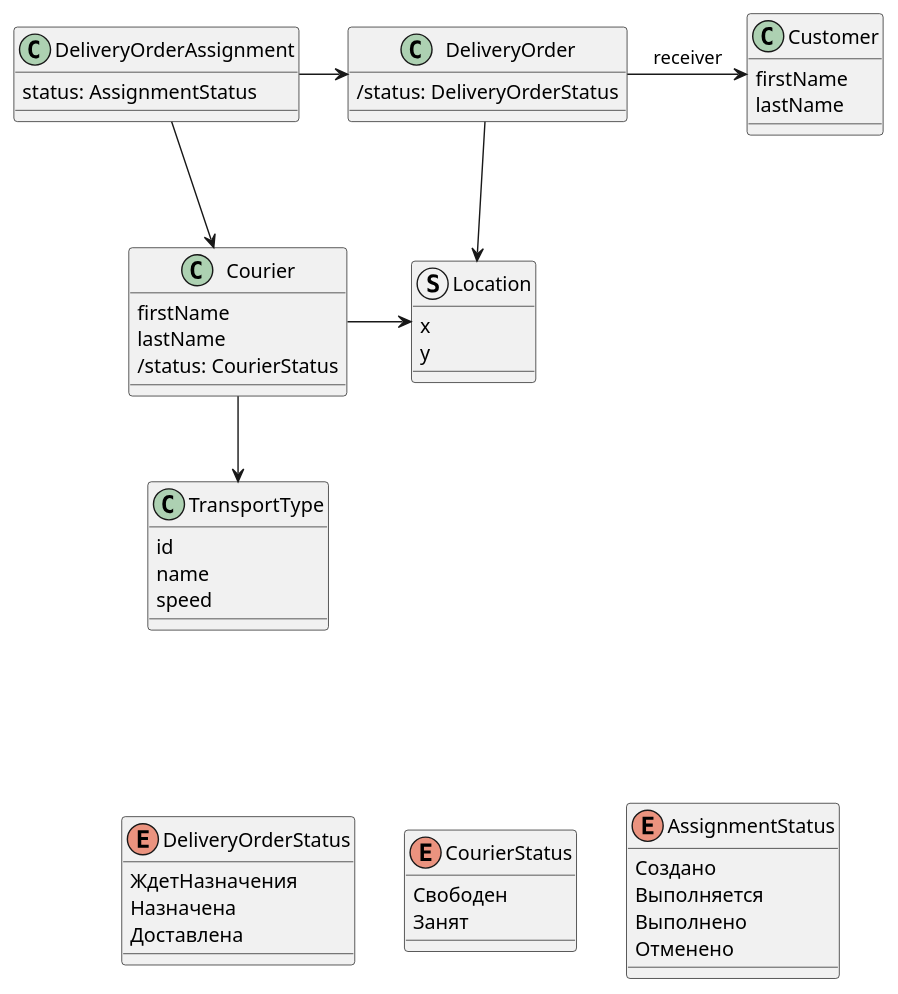
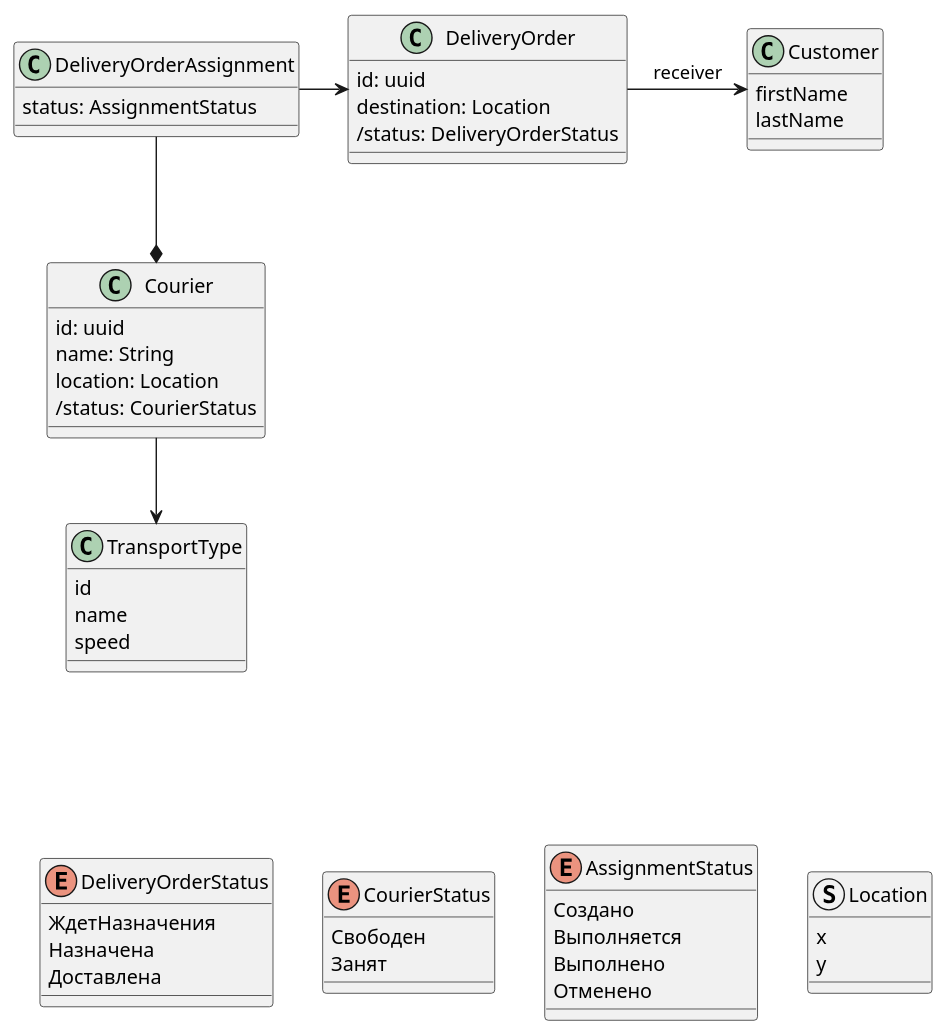
One commit to mikhailandronov/delivery changed the diagram in Domain-simplified.puml. Above: the diagram before and after it, drawn with PlantUML.

Commit message:
Updated diagram according to exercise description

```diff
--- a/Domain-simplified.puml
+++ b/Domain-simplified.puml
@@ -1,72 +1,77 @@
 @startuml
 'https://plantuml.com/class-diagram
 
 '!pragma layout smetana
 'left to right direction
 
 class DeliveryOrder{
+    id: uuid
+    destination: Location
     /status: DeliveryOrderStatus
 }
 
 class Courier {
-    firstName
-    lastName
+    id: uuid
+    name: String
+    location: Location
     /status: CourierStatus
 }
 
 class TransportType{
     id
     name
     speed
 }
-class Адрес  {
-    город
-    улица
-    дом
-    квартира
+class Address  {
+    city
+    street
+    building
+    flat
 }
-hide Адрес
+hide Address
 
 struct Location{
     x
     y
 }
 class Customer {
     firstName
     lastName
 }
 
 class DeliveryOrderAssignment{
     status: AssignmentStatus
 }
 
-Courier -r-> Location
+'DeliveryOrder -d-> Location
+'Courier -r-> Location
+
 Courier -d-> TransportType
-DeliveryOrderAssignment --> Courier
+DeliveryOrderAssignment --* Courier
 DeliveryOrderAssignment -r-> DeliveryOrder
 DeliveryOrder -r-> Customer : receiver
-DeliveryOrder -d-> Location
 
 enum DeliveryOrderStatus {
 ЖдетНазначения
 Назначена
 Доставлена
 }
 
 enum CourierStatus {
 Свободен
 Занят
 }
 
 enum AssignmentStatus {
     Создано
     Выполняется
     Выполнено
     Отменено
 }
 
 TransportType -d[hidden]--> DeliveryOrderStatus
 DeliveryOrderStatus -[hidden]> CourierStatus
 CourierStatus -[hidden]> AssignmentStatus
+AssignmentStatus -[hidden]> Location
 
 @enduml
```
